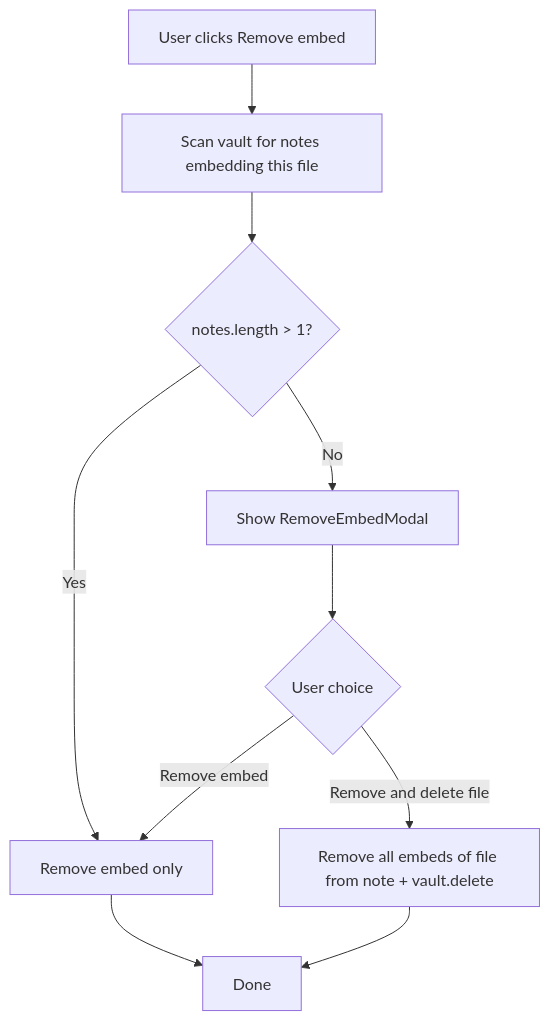
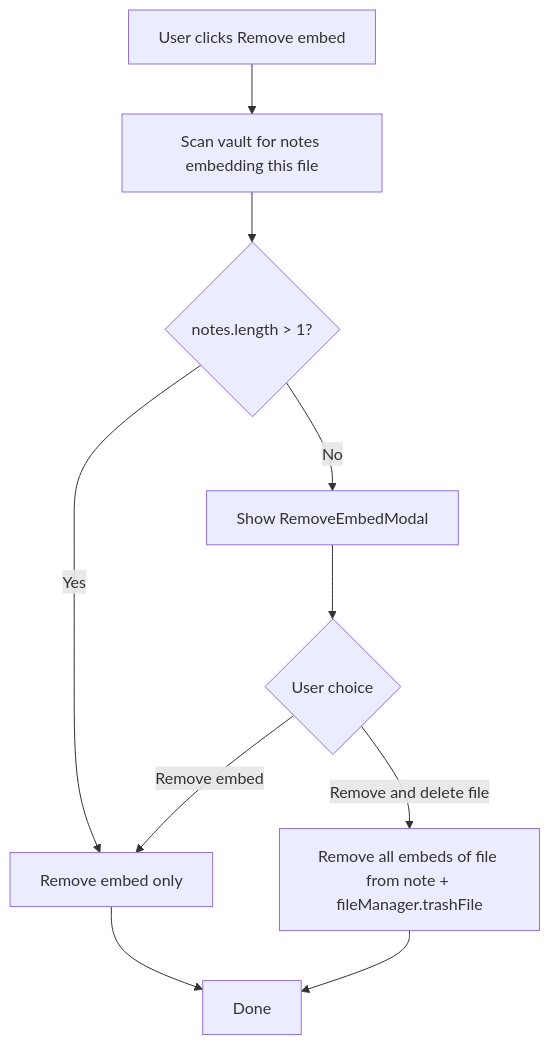
Before and after one commit to daledesilva/obsidian_ink: the diagram in docs/remove-embed.md, drawn with Mermaid. The commit also changed other lines of this file and 5 other files, not shown here.

````diff
--- a/docs/remove-embed.md
+++ b/docs/remove-embed.md
@@ -13,13 +13,13 @@
 ```mermaid
 flowchart TD
     UserClicks[User clicks Remove embed]
     UserClicks --> Scan[Scan vault for notes embedding this file]
     Scan --> Check{notes.length > 1?}
     Check -->|Yes| RemoveOnly[Remove embed only]
     Check -->|No| ShowModal[Show RemoveEmbedModal]
     ShowModal --> Choice{User choice}
     Choice -->|Remove embed| RemoveOnly
-    Choice -->|Remove and delete file| RemoveAllAndDelete[Remove all embeds of file from note + vault.delete]
+    Choice -->|Remove and delete file| RemoveAllAndDelete[Remove all embeds of file from note + fileManager.trashFile]
     RemoveOnly --> Done[Done]
     RemoveAllAndDelete --> Done
 ```
````
